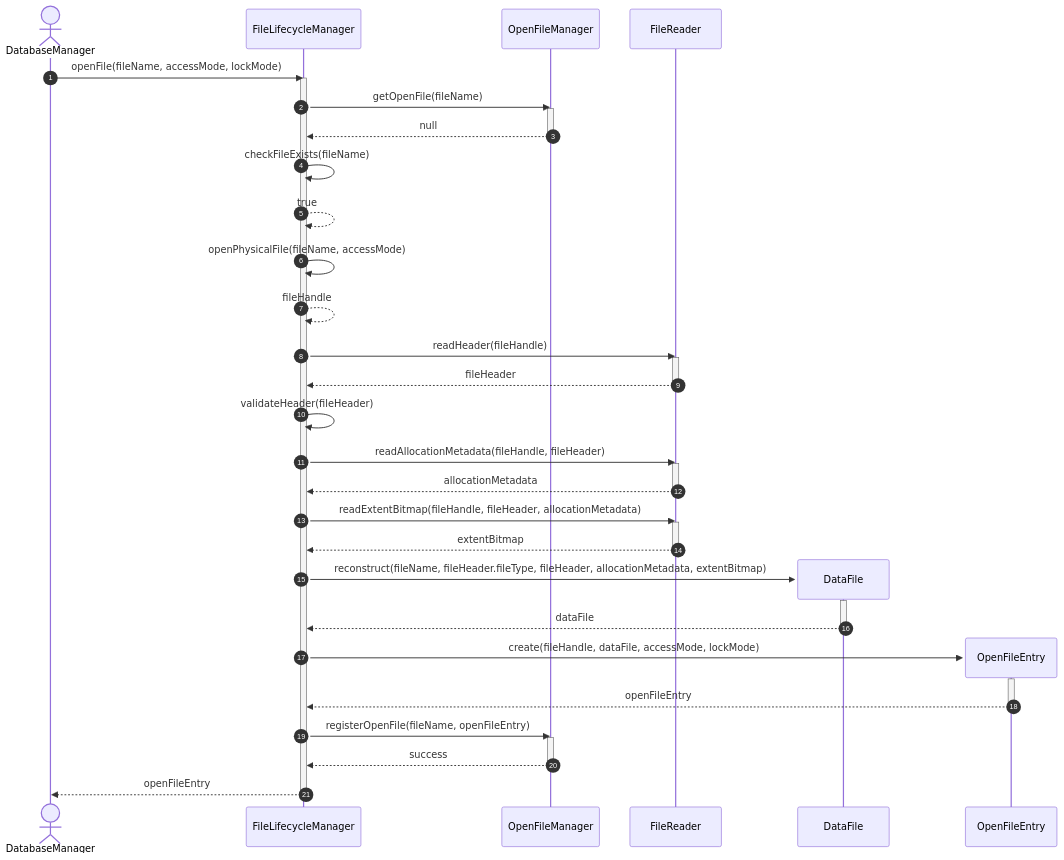
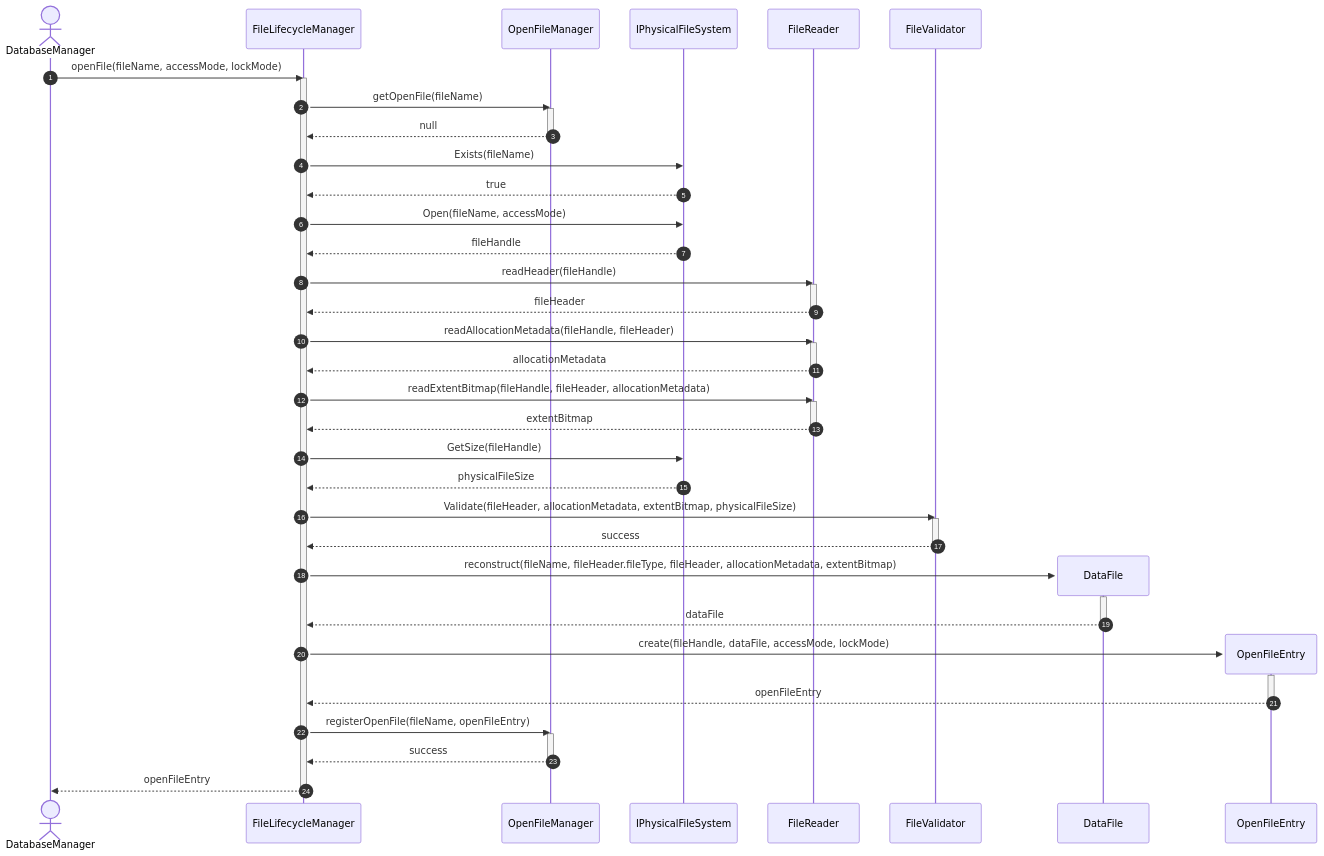
One commit to manaxpow/DBMS changed the first of 5 diagrams in docs/diagrams/sequence-diagrams/storage-engine/file-management/file-lifecycle/open-file.md. Above: the diagram before and after it, drawn with Mermaid. The commit also changed other lines of this file and 54 other files, not shown here.

Commit message:
#5 update PhysicalFileSystem

````diff
--- a/docs/diagrams/sequence-diagrams/storage-engine/file-management/file-lifecycle/open-file.md
+++ b/docs/diagrams/sequence-diagrams/storage-engine/file-management/file-lifecycle/open-file.md
@@ -10,59 +10,67 @@
 ```mermaid
 sequenceDiagram
     autonumber
     actor DB as DatabaseManager
     participant LM as FileLifecycleManager
     participant OM as OpenFileManager
+    participant PFS as IPhysicalFileSystem
     participant FR as FileReader
+    participant FV as FileValidator
 
     DB->>LM: openFile(fileName, accessMode, lockMode)
     activate LM
     
     LM->>OM: getOpenFile(fileName)
     activate OM
     OM-->>LM: null
     deactivate OM
     
-    LM->>LM: checkFileExists(fileName)
-    LM-->>LM: true
+    LM->>PFS: Exists(fileName)
+    PFS-->>LM: true
     
-    LM->>LM: openPhysicalFile(fileName, accessMode)
-    LM-->>LM: fileHandle
+    LM->>PFS: Open(fileName, accessMode)
+    PFS-->>LM: fileHandle
     
     LM->>FR: readHeader(fileHandle)
     activate FR
     FR-->>LM: fileHeader
     deactivate FR
-    
-    LM->>LM: validateHeader(fileHeader)
     
     LM->>FR: readAllocationMetadata(fileHandle, fileHeader)
     activate FR
     FR-->>LM: allocationMetadata
     deactivate FR
     
     LM->>FR: readExtentBitmap(fileHandle, fileHeader, allocationMetadata)
     activate FR
     FR-->>LM: extentBitmap
     deactivate FR
     
+    LM->>PFS: GetSize(fileHandle)
+    PFS-->>LM: physicalFileSize
+
+    LM->>FV: Validate(fileHeader, allocationMetadata, extentBitmap, physicalFileSize)
+    activate FV
+    FV-->>LM: success
+    deactivate FV
+
     create participant DF as DataFile
     LM->>DF: reconstruct(fileName, fileHeader.fileType, fileHeader, allocationMetadata, extentBitmap)
     activate DF
     DF-->>LM: dataFile
     deactivate DF
     
     create participant OE as OpenFileEntry
     LM->>OE: create(fileHandle, dataFile, accessMode, lockMode)
     activate OE
     OE-->>LM: openFileEntry
     deactivate OE
     
     LM->>OM: registerOpenFile(fileName, openFileEntry)
     activate OM
     OM-->>LM: success
     deactivate OM
     
     LM-->>DB: openFileEntry
     deactivate LM
 ```
````
